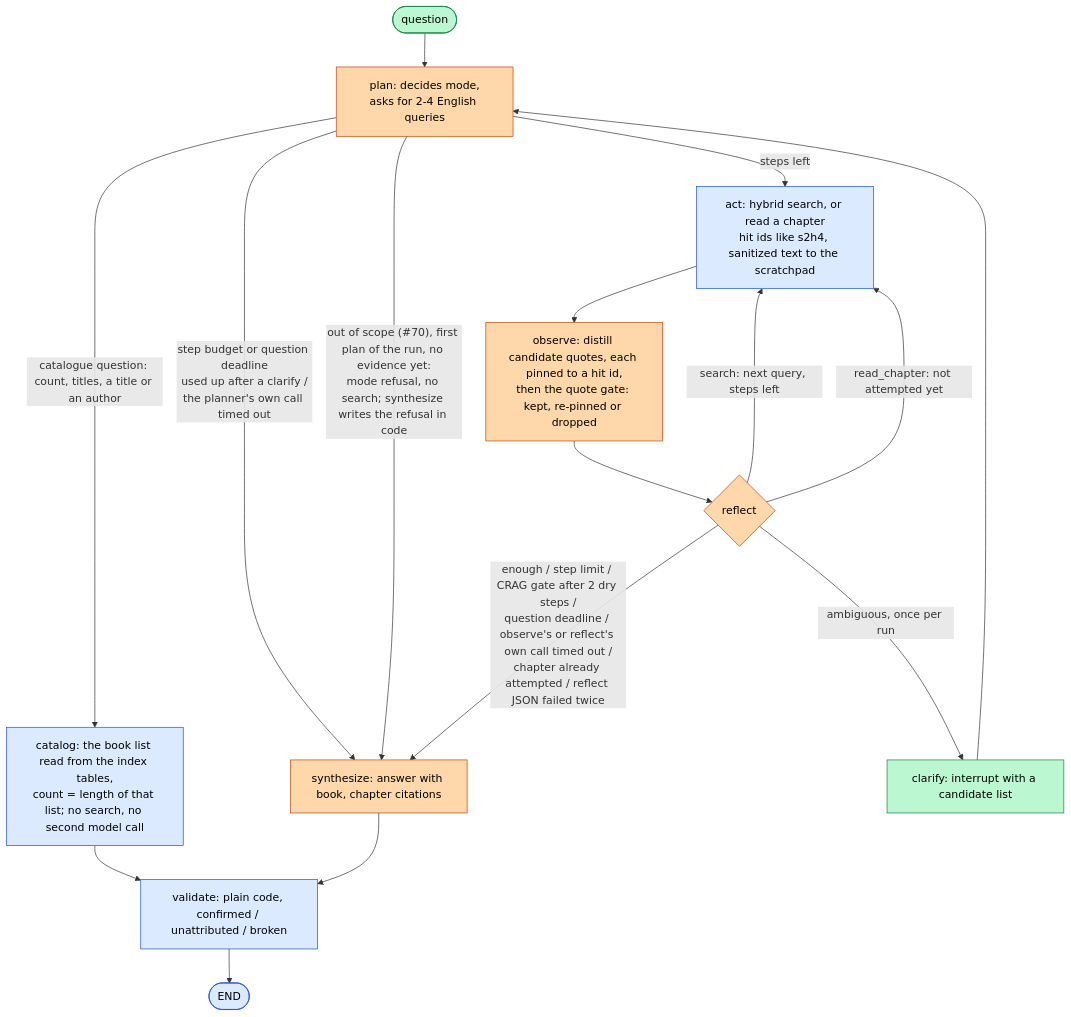
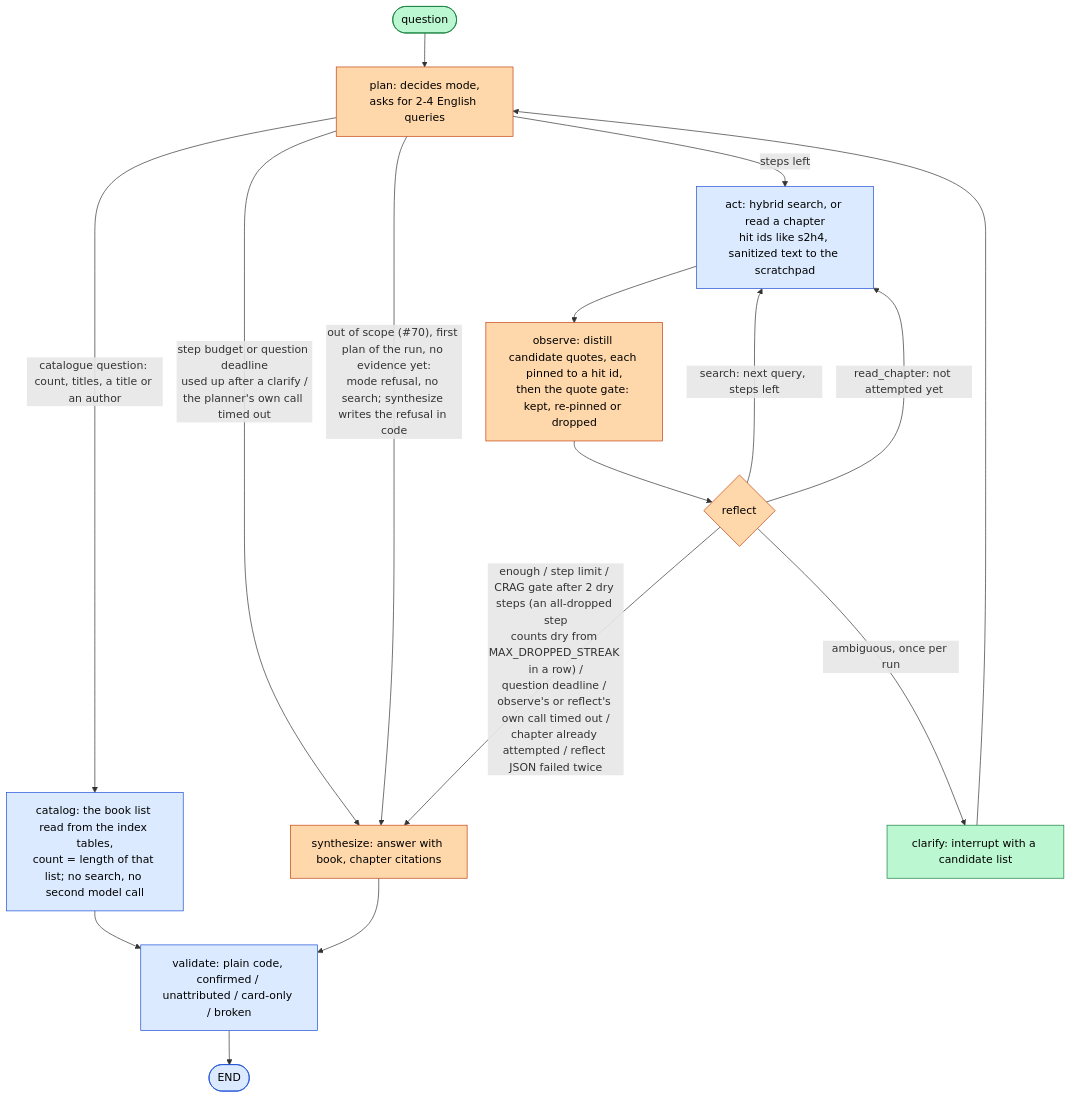
The second of 2 diagrams in docs/architecture.md (ievgen-borysenko/ask-your-library), drawn with Mermaid before and after one commit. The commit also changed other lines of this file and 13 other files, not shown here.

````diff
--- a/docs/architecture.md
+++ b/docs/architecture.md
@@ -61,21 +61,21 @@
 ```mermaid
 flowchart TD
     Q(["question"]):::human --> P["plan: decides mode,<br/>asks for 2-4 English queries"]:::ai
     P -->|"steps left"| A["act: hybrid search, or read a chapter<br/>hit ids like s2h4, sanitized text to the scratchpad"]:::code
     P -->|"step budget or question deadline<br/>used up after a clarify /<br/>the planner's own call timed out"| S
     P -->|"out of scope (#70), first plan of the run, no evidence yet:<br/>mode refusal, no search; synthesize writes the refusal in code"| S
     P -->|"catalogue question: count, titles, a title or an author"| K["catalog: the book list read from the index tables,<br/>count = length of that list; no search, no second model call"]:::code
     K --> V
     A --> O["observe: distill candidate quotes, each pinned to a hit id,<br/>then the quote gate: kept, re-pinned or dropped"]:::ai
     O --> R{"reflect"}:::ai
     R -->|"search: next query, steps left"| A
     R -->|"read_chapter: not attempted yet"| A
     R -->|"ambiguous, once per run"| C["clarify: interrupt with a candidate list"]:::human
     C --> P
-    R -->|"enough / step limit / CRAG gate after 2 dry steps /<br/>question deadline / observe's or reflect's own call timed out /<br/>chapter already attempted / reflect JSON failed twice"| S["synthesize: answer with book, chapter citations"]:::ai
-    S --> V["validate: plain code, confirmed / unattributed / broken"]:::code
+    R -->|"enough / step limit / CRAG gate after 2 dry steps (an all-dropped step<br/>counts dry from MAX_DROPPED_STREAK in a row) /<br/>question deadline / observe's or reflect's own call timed out /<br/>chapter already attempted / reflect JSON failed twice"| S["synthesize: answer with book, chapter citations"]:::ai
+    S --> V["validate: plain code, confirmed / unattributed / card-only / broken"]:::code
     V --> E(["END"]):::code
     classDef code fill:#dbeafe,stroke:#1d4ed8,color:#000
     classDef ai fill:#fed7aa,stroke:#c2410c,color:#000
     classDef human fill:#bbf7d0,stroke:#15803d,color:#000
 ```
````
